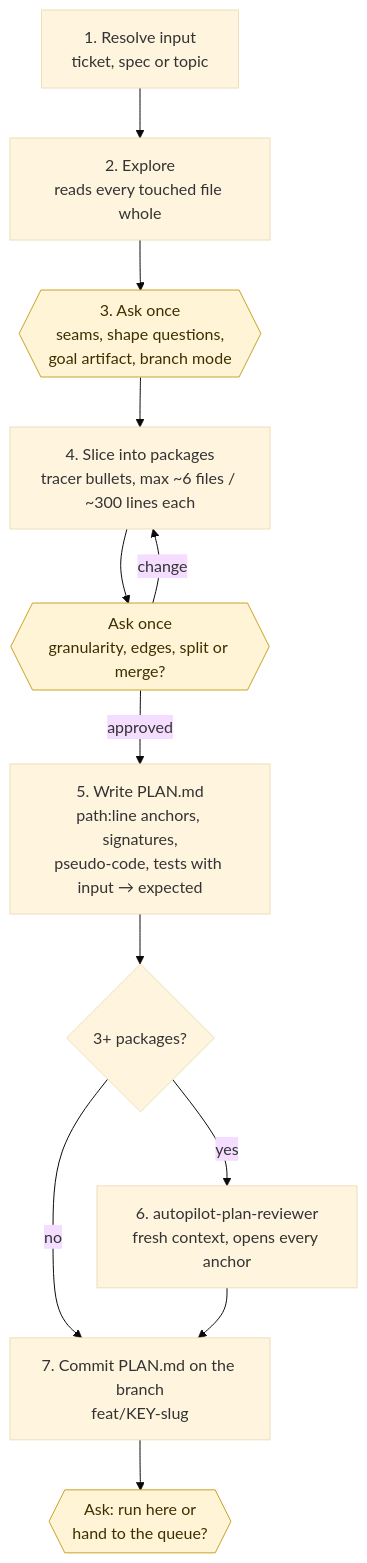
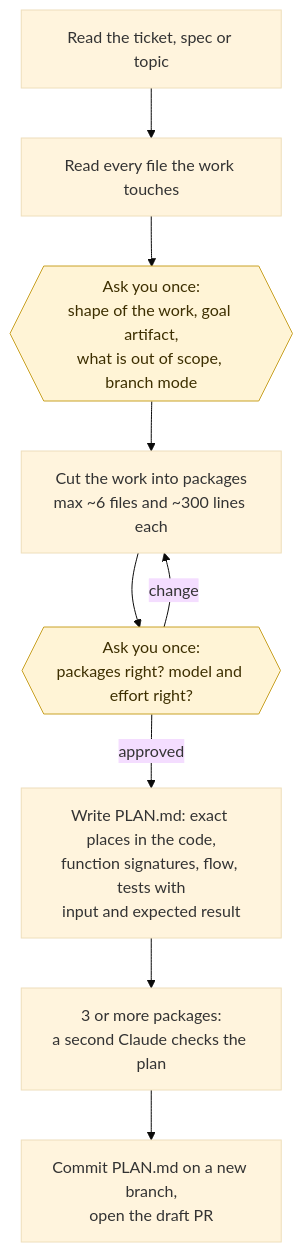
Before and after one commit to evelan-de/claude-code-plugins: the third of 7 diagrams in docs/autopilot-developer-guide.md, drawn with Mermaid (base theme). The commit also changed other lines of this file and 9 other files, not shown here.

Commit message:
docs+fix(autopilot): README and developer guide describe the current state only; developer PRs: replies from the queue machine count as answered, start comment on the PR, plan branches from origin/<base> (plugin 3.1.4)

````diff
--- a/docs/autopilot-developer-guide.md
+++ b/docs/autopilot-developer-guide.md
@@ -242,17 +160,14 @@
 ```mermaid
 flowchart TD
-    A["1. Resolve input<br/>ticket, spec or topic"] --> B["2. Explore<br/>reads every touched file whole"]
-    B --> C{{"3. Ask once<br/>seams, shape questions,<br/>goal artifact, branch mode"}}
-    C --> D["4. Slice into packages<br/>tracer bullets, max ~6 files / ~300 lines each"]
-    D --> E{{"Ask once<br/>granularity, edges, split or merge?"}}
+    A["Read the ticket, spec or topic"] --> B["Read every file the work touches"]
+    B --> C{{"Ask you once:<br/>shape of the work, goal artifact,<br/>what is out of scope, branch mode"}}
+    C --> D["Cut the work into packages<br/>max ~6 files and ~300 lines each"]
+    D --> E{{"Ask you once:<br/>packages right? model and effort right?"}}
     E -- "change" --> D
-    E -- "approved" --> F["5. Write PLAN.md<br/>path:line anchors, signatures,<br/>pseudo-code, tests with input → expected"]
-    F --> G{"3+ packages?"}
-    G -- "yes" --> H["6. autopilot-plan-reviewer<br/>fresh context, opens every anchor"]
-    G -- "no" --> I
-    H --> I["7. Commit PLAN.md on the branch<br/>feat/KEY-slug"]
-    I --> J{{"Ask: run here or<br/>hand to the queue?"}}
+    E -- "approved" --> F["Write PLAN.md: exact places in the code,<br/>function signatures, flow, tests with<br/>input and expected result"]
+    F --> G["3 or more packages:<br/>a second Claude checks the plan"]
+    G --> H["Commit PLAN.md on a new branch,<br/>open the draft PR"]
 
     classDef ask fill:#fff4d6,stroke:#c9a227,color:#3d2f00
-    class C,E,J ask
+    class C,E ask
 ```
````
